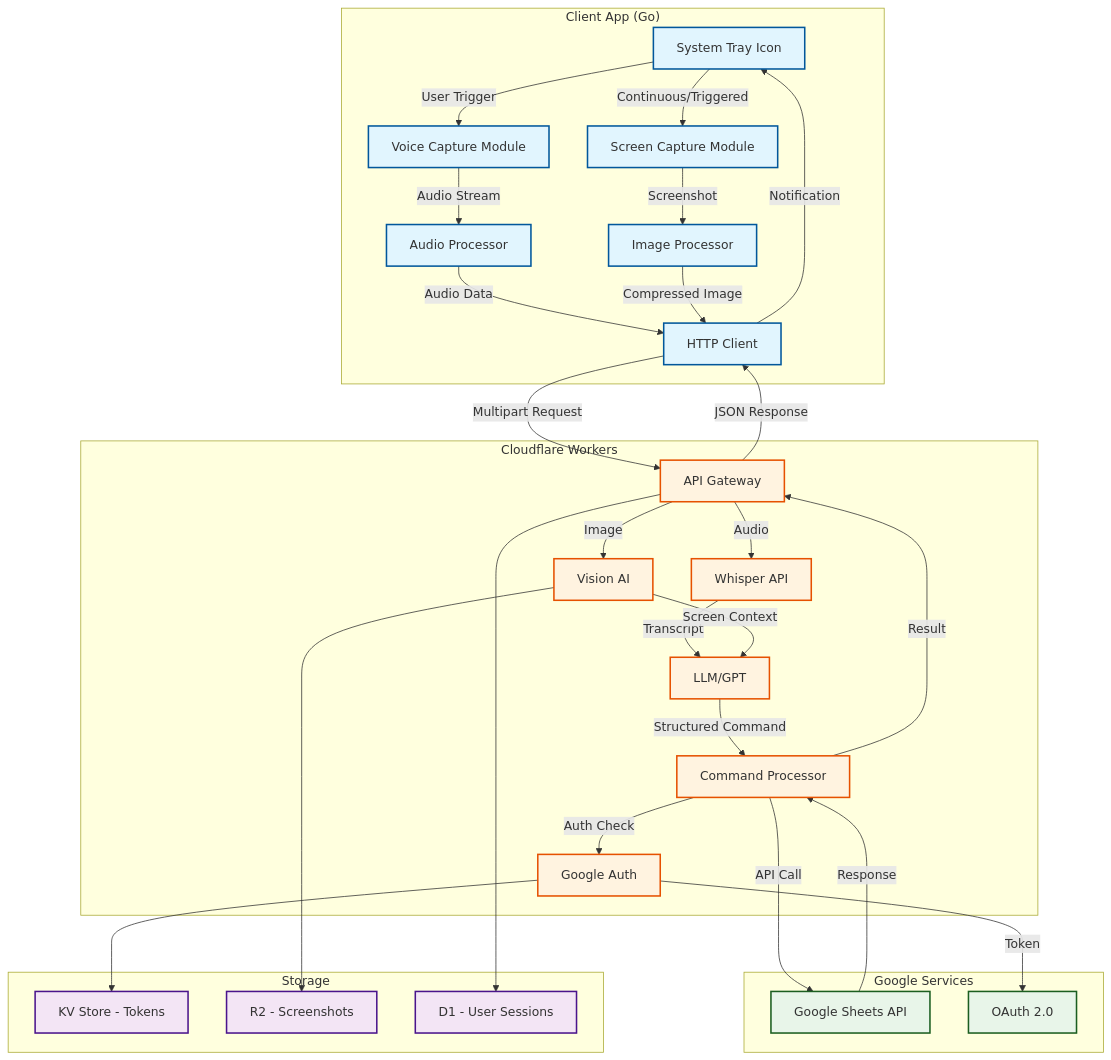
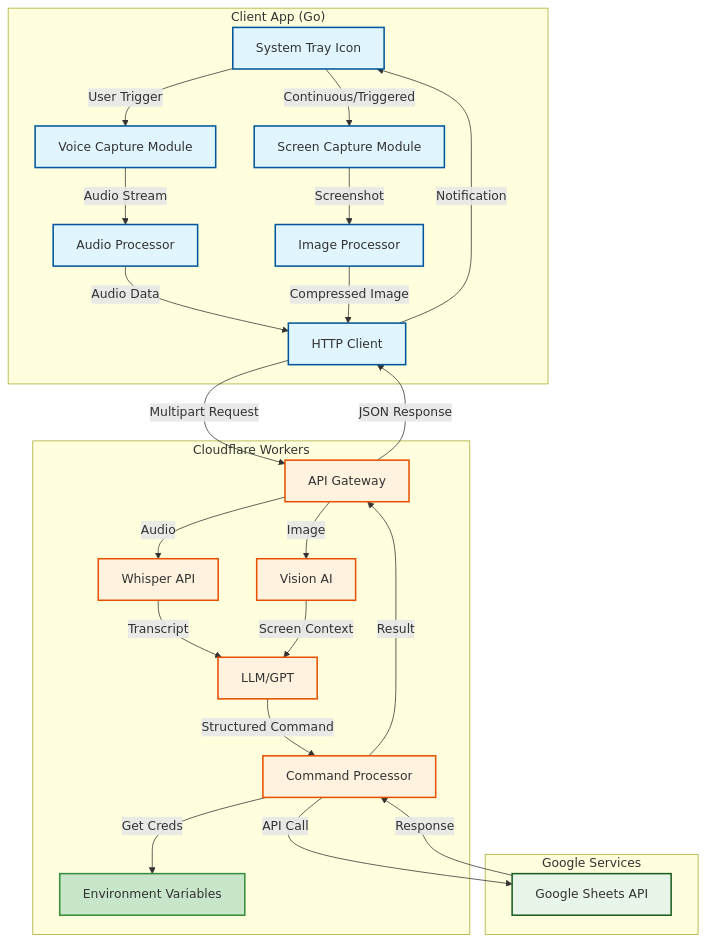
One commit to chtushar/swear-by-sheets changed the diagram in README.md. Above: the diagram before and after it, drawn with Mermaid.

Commit message:
Update the system diagram with the new approach

````diff
--- a/README.md
+++ b/README.md
@@ -3,68 +3,56 @@
 ```mermaid
 graph TB
     subgraph "Client App (Go)"
         ST[System Tray Icon]
         VC[Voice Capture Module]
         SC[Screen Capture Module]
         IP[Image Processor]
         AC[Audio Processor]
         HC[HTTP Client]
 
         ST --> |User Trigger| VC
         ST --> |Continuous/Triggered| SC
         VC --> |Audio Stream| AC
         SC --> |Screenshot| IP
         AC --> |Audio Data| HC
         IP --> |Compressed Image| HC
     end
 
     subgraph "Cloudflare Workers"
         API[API Gateway]
         WS[Whisper API]
         VA[Vision AI]
         LLM[LLM/GPT]
         CM[Command Processor]
-        GA[Google Auth]
+        ENV[Environment Variables]
 
         API --> |Audio| WS
         API --> |Image| VA
         WS --> |Transcript| LLM
         VA --> |Screen Context| LLM
         LLM --> |Structured Command| CM
-        CM --> |Auth Check| GA
+        CM --> |Get Creds| ENV
     end
 
     subgraph "Google Services"
         GS[Google Sheets API]
-        GO[OAuth 2.0]
 
-        GA --> |Token| GO
         CM --> |API Call| GS
-    end
-
-    subgraph "Storage"
-        KV[KV Store - Tokens]
-        R2[R2 - Screenshots]
-        D1[D1 - User Sessions]
-
-        GA --> KV
-        VA --> R2
-        API --> D1
     end
 
     HC --> |Multipart Request| API
     GS --> |Response| CM
     CM --> |Result| API
     API --> |JSON Response| HC
     HC --> |Notification| ST
 
     classDef client fill:#e1f5fe,stroke:#01579b,stroke-width:2px
     classDef cloudflare fill:#fff3e0,stroke:#e65100,stroke-width:2px
     classDef google fill:#e8f5e9,stroke:#1b5e20,stroke-width:2px
-    classDef storage fill:#f3e5f5,stroke:#4a148c,stroke-width:2px
+    classDef env fill:#c8e6c9,stroke:#388e3c,stroke-width:2px
 
     class ST,VC,SC,IP,AC,HC client
-    class API,WS,VA,LLM,CM,GA cloudflare
-    class GS,GO google
-    class KV,R2,D1 storage
+    class API,WS,VA,LLM,CM cloudflare
+    class GS google
+    class ENV env
 ```
````
